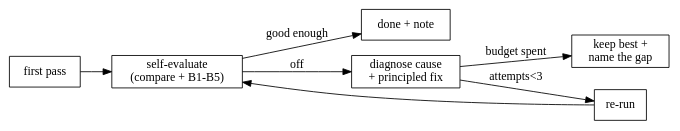
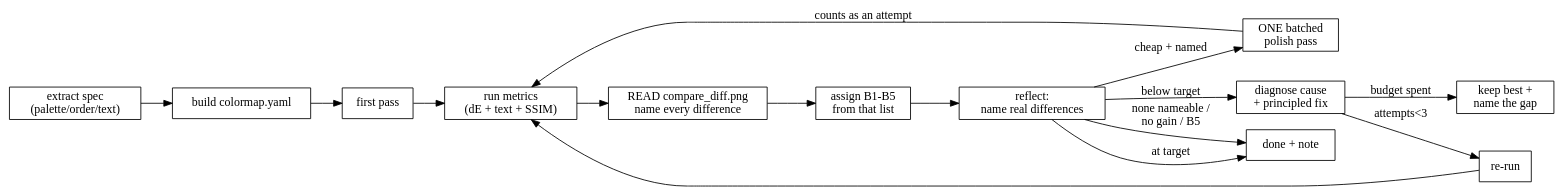
One commit to ma-compbio/TissueAgent changed the diagram in knowledge/skills/figure-reproduce/figure-reproduce.md. Above: the diagram before and after it, drawn with Graphviz. The commit also changed other lines of this file and 16 other files, not shown here.

Commit message:
update figure reproduce skills

````diff
--- a/knowledge/skills/figure-reproduce/figure-reproduce.md
+++ b/knowledge/skills/figure-reproduce/figure-reproduce.md
@@ -117,11 +264,21 @@
 ```dot
 digraph repro {
   rankdir=LR; node [shape=box];
-  "first pass" -> "self-evaluate\n(compare + B1-B5)";
-  "self-evaluate\n(compare + B1-B5)" -> "done + note" [label="good enough"];
-  "self-evaluate\n(compare + B1-B5)" -> "diagnose cause\n+ principled fix" [label="off"];
+  "extract spec\n(palette/order/text)" -> "build colormap.yaml";
+  "build colormap.yaml" -> "first pass";
+  "first pass" -> "run metrics\n(dE + text + SSIM)";
+  "run metrics\n(dE + text + SSIM)" -> "READ compare_diff.png\nname every difference";
+  "READ compare_diff.png\nname every difference" -> "assign B1-B5\nfrom that list";
+  "assign B1-B5\nfrom that list" -> "reflect:\nname real differences";
+  "reflect:\nname real differences" -> "done + note"
+      [label="none nameable /\nno gain / B5"];
+  "reflect:\nname real differences" -> "ONE batched\npolish pass"
+      [label="cheap + named"];
+  "ONE batched\npolish pass" -> "run metrics\n(dE + text + SSIM)" [label="counts as an attempt"];
+  "reflect:\nname real differences" -> "done + note" [label="at target"];
+  "reflect:\nname real differences" -> "diagnose cause\n+ principled fix" [label="below target"];
   "diagnose cause\n+ principled fix" -> "re-run" [label="attempts<3"];
   "diagnose cause\n+ principled fix" -> "keep best +\nname the gap" [label="budget spent"];
-  "re-run" -> "self-evaluate\n(compare + B1-B5)";
+  "re-run" -> "run metrics\n(dE + text + SSIM)";
 }
 ```
````
